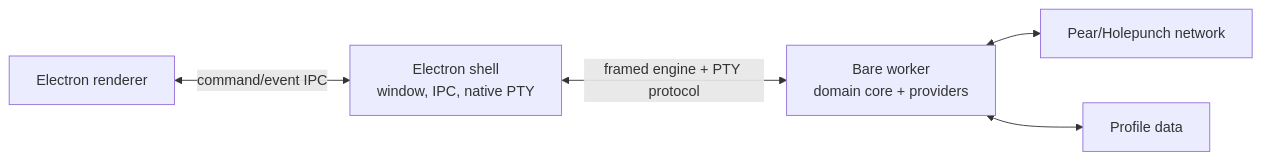
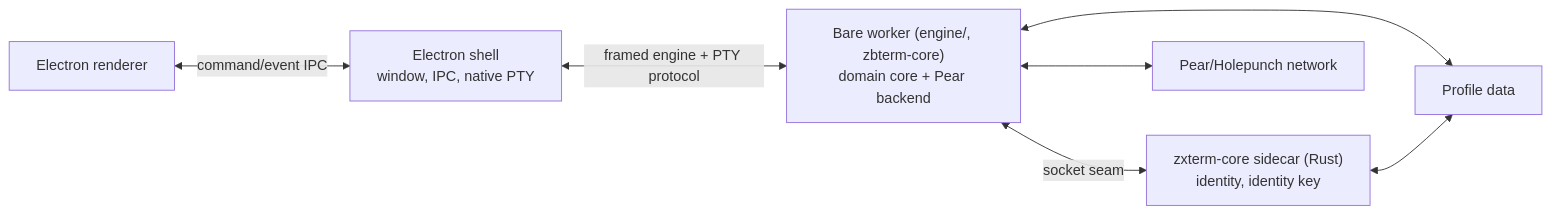
The fifth of 8 diagrams in docs/abstract-arch.md (zevix/zbterm), drawn with Mermaid before and after one commit. The commit also changed other lines of this file and 85 other files, not shown here.

````diff
--- a/docs/abstract-arch.md
+++ b/docs/abstract-arch.md
@@ -1115,13 +1238,16 @@
 ```mermaid
 flowchart LR
   R["Electron renderer"]
   E["Electron shell<br/>window, IPC, native PTY"]
-  W["Bare worker<br/>domain core + providers"]
+  W["Bare worker (engine/, zbterm-core)<br/>domain core + Pear backend"]
+  Z["zxterm-core sidecar (Rust)<br/>identity, identity key"]
   P["Pear/Holepunch network"]
   D["Profile data"]
 
   R <-->|"command/event IPC"| E
   E <-->|"framed engine + PTY protocol"| W
+  W <-->|"socket seam"| Z
   W <--> P
   W <--> D
+  Z <--> D
 ```
````
